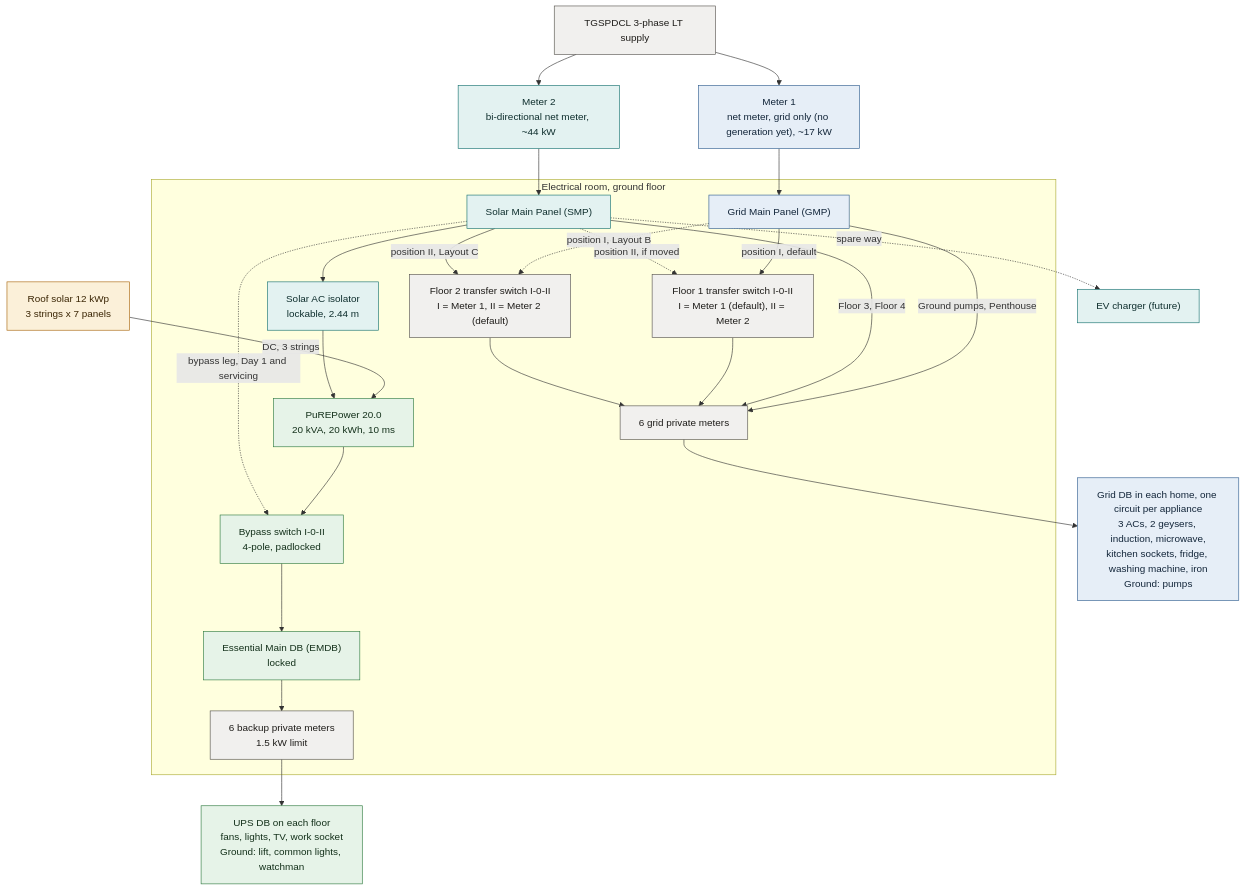
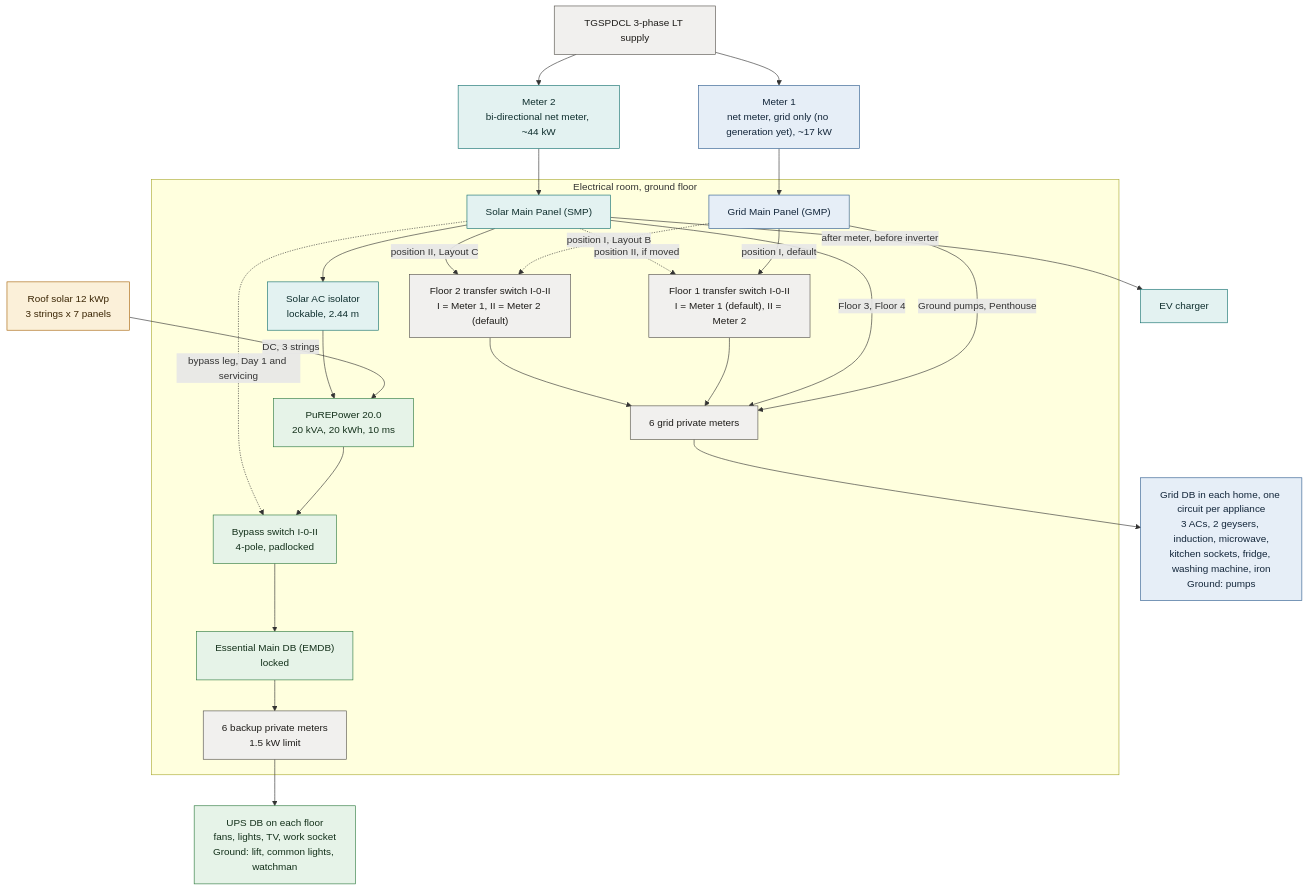
One commit to raja10rajesh/house_electrical changed the first of 3 diagrams in solar_backup_final_plan.md. Above: the diagram before and after it, drawn with Mermaid. The commit also changed other lines of this file and 4 other files, not shown here.

````diff
--- a/solar_backup_final_plan.md
+++ b/solar_backup_final_plan.md
@@ -388,46 +408,46 @@
 ```mermaid
 flowchart TB
     classDef g1 fill:#e6eef7,stroke:#2f5d8f,color:#13263a;
     classDef g2 fill:#e3f2f1,stroke:#14706f,color:#0f2f2e;
     classDef bk fill:#e6f3e8,stroke:#2e7a3f,color:#13301a;
     classDef pv fill:#fbf0d9,stroke:#a8650a,color:#3a2504;
     classDef dev fill:#f1f0ee,stroke:#55524c,color:#1f1d1a;
 
     TG["TGSPDCL 3-phase LT supply"]:::dev
     M1["Meter 1<br/>net meter, grid only (no generation yet), ~17 kW"]:::g1
     M2["Meter 2<br/>bi-directional net meter, ~44 kW"]:::g2
     TG --> M1
     TG --> M2
 
     subgraph ROOM["Electrical room, ground floor"]
         GMP["Grid Main Panel (GMP)"]:::g1
         SMP["Solar Main Panel (SMP)"]:::g2
         ISO["Solar AC isolator<br/>lockable, 2.44 m"]:::g2
         INV["PuREPower 20.0<br/>20 kVA, 20 kWh, 10 ms"]:::bk
         BYP["Bypass switch I-0-II<br/>4-pole, padlocked"]:::bk
         EMDB["Essential Main DB (EMDB)<br/>locked"]:::bk
         GM["6 grid private meters"]:::dev
         BM["6 backup private meters<br/>1.5 kW limit"]:::dev
         TS1["Floor 1 transfer switch I-0-II<br/>I = Meter 1 (default), II = Meter 2"]:::dev
         TS2["Floor 2 transfer switch I-0-II<br/>I = Meter 1, II = Meter 2 (default)"]:::dev
     end
 
     PV["Roof solar 12 kWp<br/>3 strings x 7 panels"]:::pv
     PV -->|DC, 3 strings| INV
     M1 --> GMP
     M2 --> SMP
     SMP --> ISO --> INV --> BYP --> EMDB
     SMP -.->|bypass leg, Day 1 and servicing| BYP
     GMP -->|Ground pumps, Penthouse| GM
     SMP -->|Floor 3, Floor 4| GM
     GMP -->|position I, default| TS1
     SMP -.->|position II, if moved| TS1
     TS1 --> GM
     GMP -.->|position I, Layout B| TS2
     SMP -->|position II, Layout C| TS2
     TS2 --> GM
-    SMP -.->|spare way| EV["EV charger (future)"]:::g2
+    SMP -->|after meter, before inverter| EV["EV charger"]:::g2
     EMDB --> BM
     GM --> GDB["Grid DB in each home, one circuit per appliance<br/>3 ACs, 2 geysers, induction, microwave,<br/>kitchen sockets, fridge, washing machine, iron<br/>Ground: pumps"]:::g1
     BM --> UDB["UPS DB on each floor<br/>fans, lights, TV, work socket<br/>Ground: lift, common lights, watchman"]:::bk
 ```
````
